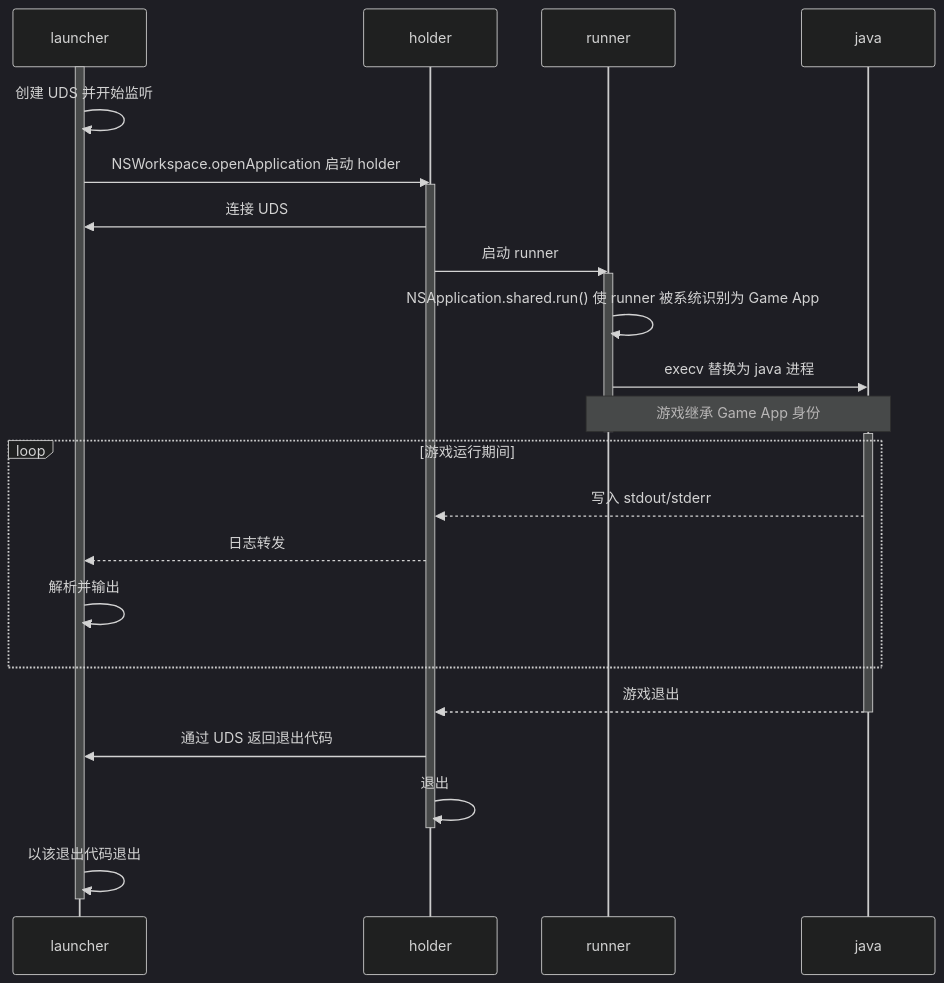
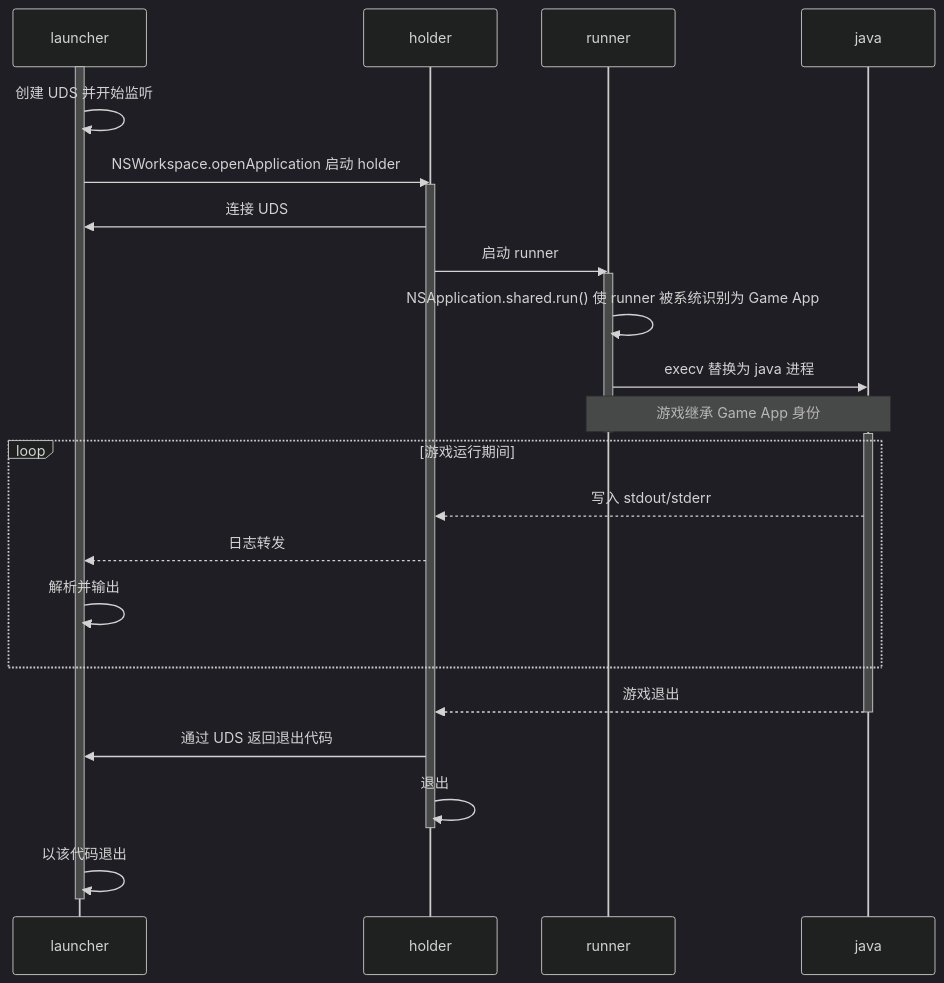
One commit to CylorineStudio/GameStub changed the diagram in .github/README_zh-CN.md. Above: the diagram before and after it, drawn with Mermaid (dark theme).

````diff
--- a/.github/README_zh-CN.md
+++ b/.github/README_zh-CN.md
@@ -24,34 +24,34 @@
 ```mermaid
 sequenceDiagram
     participant L as launcher
     participant H as holder
     participant R as runner
     participant J as java
 
     activate L
     L->>L: 创建 UDS 并开始监听
     L->>H: NSWorkspace.openApplication 启动 holder
     activate H
     H->>L: 连接 UDS
     H->>R: 启动 runner
     activate R
     R->>R: NSApplication.shared.run() 使 runner 被系统识别为 Game App
     R->>J: execv 替换为 java 进程
     Note over R,J: 游戏继承 Game App 身份
     deactivate R
     activate J
 
     loop 游戏运行期间
         J-->>H: 写入 stdout/stderr
         H-->>L: 日志转发
         L->>L: 解析并输出
     end
     
     J-->>H: 游戏退出
     deactivate J
     H->>L: 通过 UDS 返回退出代码
     H->>H: 退出
     deactivate H
-    L->>L: 以该退出代码退出
+    L->>L: 以该代码退出
     deactivate L
 ```
````
